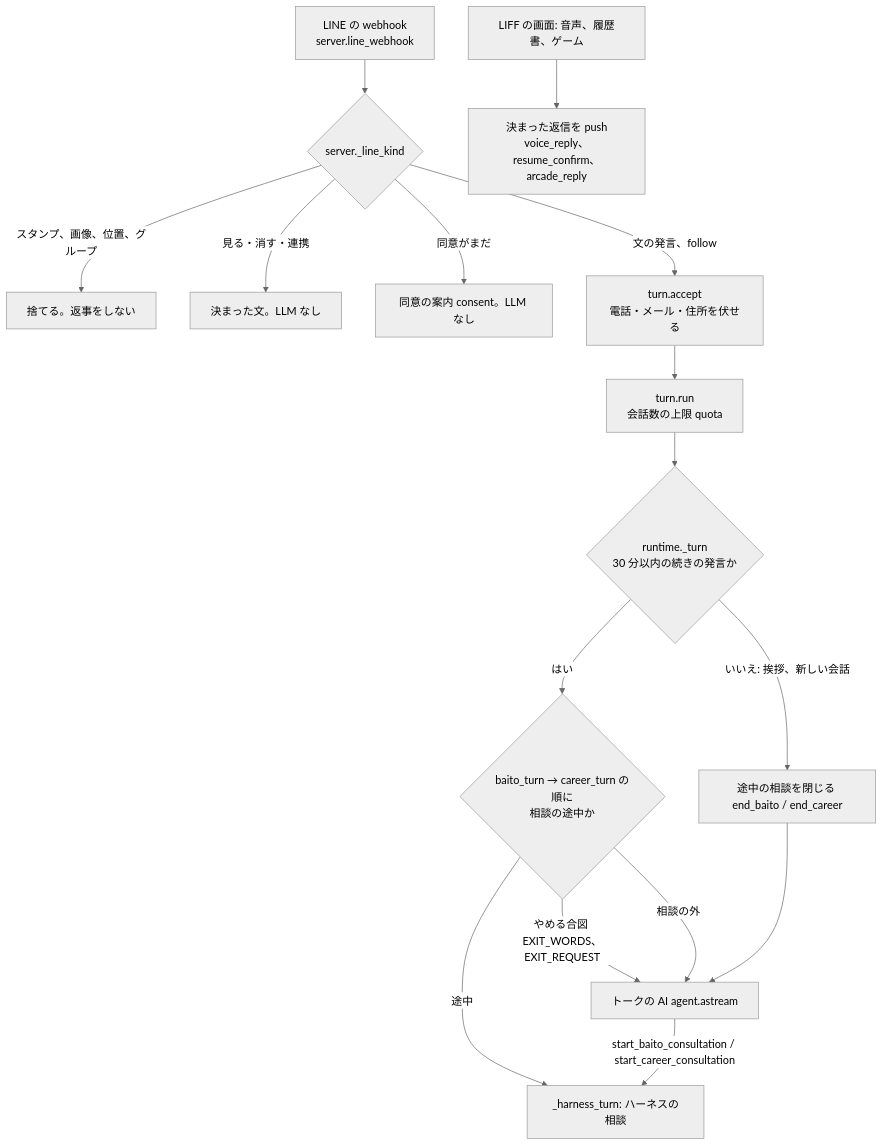
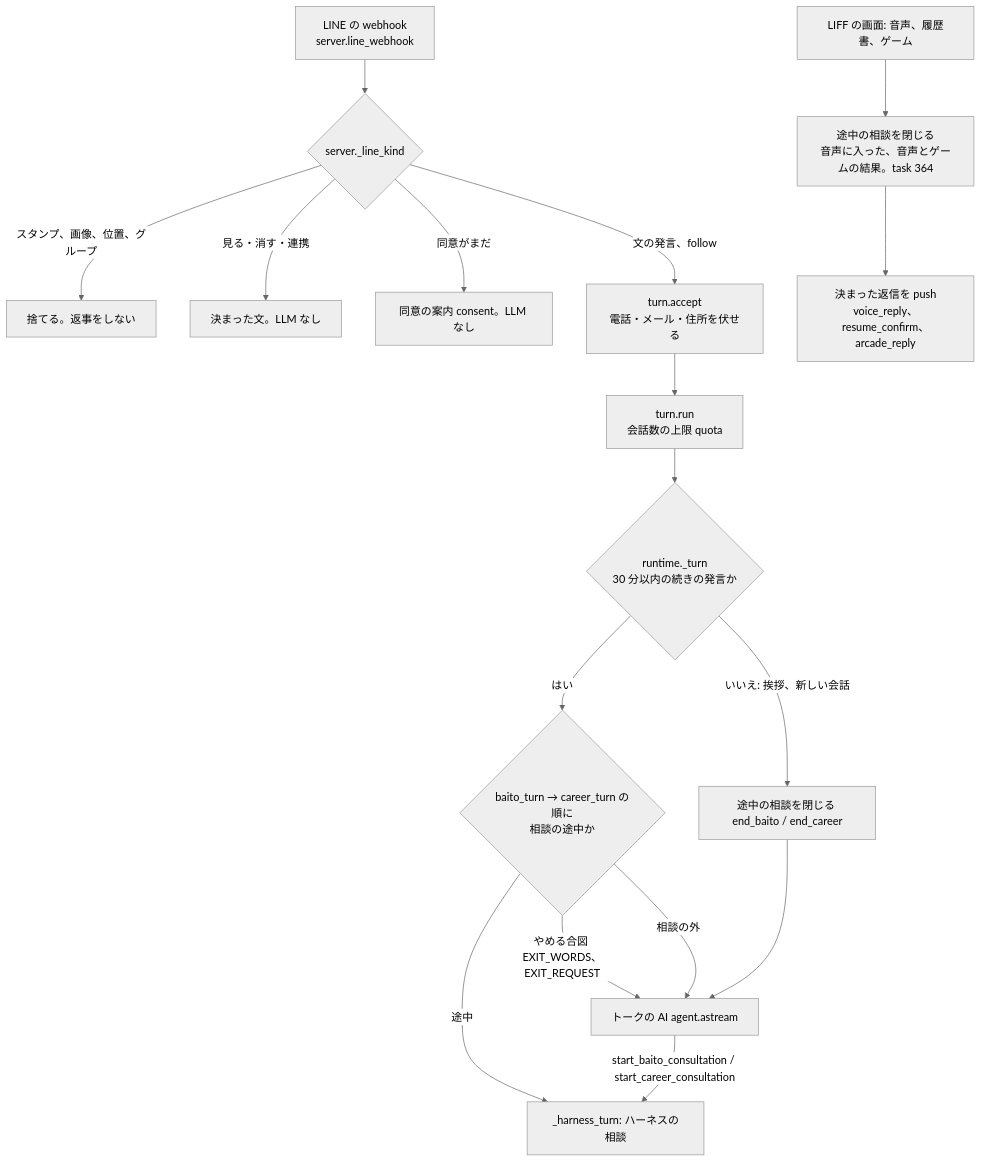
Before and after one commit to jyoka/aica: the first of 4 diagrams in docs/design/conversation-layer.md, drawn with Mermaid (neutral theme). The commit also changed other lines of this file and 5 other files, not shown here.

````diff
--- a/docs/design/conversation-layer.md
+++ b/docs/design/conversation-layer.md
@@ -54,18 +54,19 @@
 ```mermaid
 flowchart TD
     W[LINE の webhook<br/>server.line_webhook] --> K{server._line_kind}
     K -- スタンプ、画像、位置、グループ --> DROP[捨てる。返事をしない]
     K -- 見る・消す・連携 --> DATA[決まった文。LLM なし]
     K -- 同意がまだ --> CON[同意の案内 consent。LLM なし]
     K -- 文の発言、follow --> T[turn.accept<br/>電話・メール・住所を伏せる]
     T --> Q[turn.run<br/>会話数の上限 quota]
     Q --> R{runtime._turn<br/>30 分以内の続きの発言か}
     R -- いいえ: 挨拶、新しい会話 --> END[途中の相談を閉じる end_baito / end_career]
     R -- はい --> H{baito_turn → career_turn の順に<br/>相談の途中か}
     H -- 途中 --> HT[_harness_turn: ハーネスの相談]
     H -- やめる合図 EXIT_WORDS、EXIT_REQUEST --> AI
     H -- 相談の外 --> AI[トークの AI agent.astream]
     END --> AI
     AI -- start_baito_consultation / start_career_consultation --> HT
-    LIFF[LIFF の画面: 音声、履歴書、ゲーム] --> PUSH[決まった返信を push<br/>voice_reply、resume_confirm、arcade_reply]
+    LIFF[LIFF の画面: 音声、履歴書、ゲーム] --> CLOSE[途中の相談を閉じる<br/>音声に入った、音声とゲームの結果。task 364]
+    CLOSE --> PUSH[決まった返信を push<br/>voice_reply、resume_confirm、arcade_reply]
 ```
````
